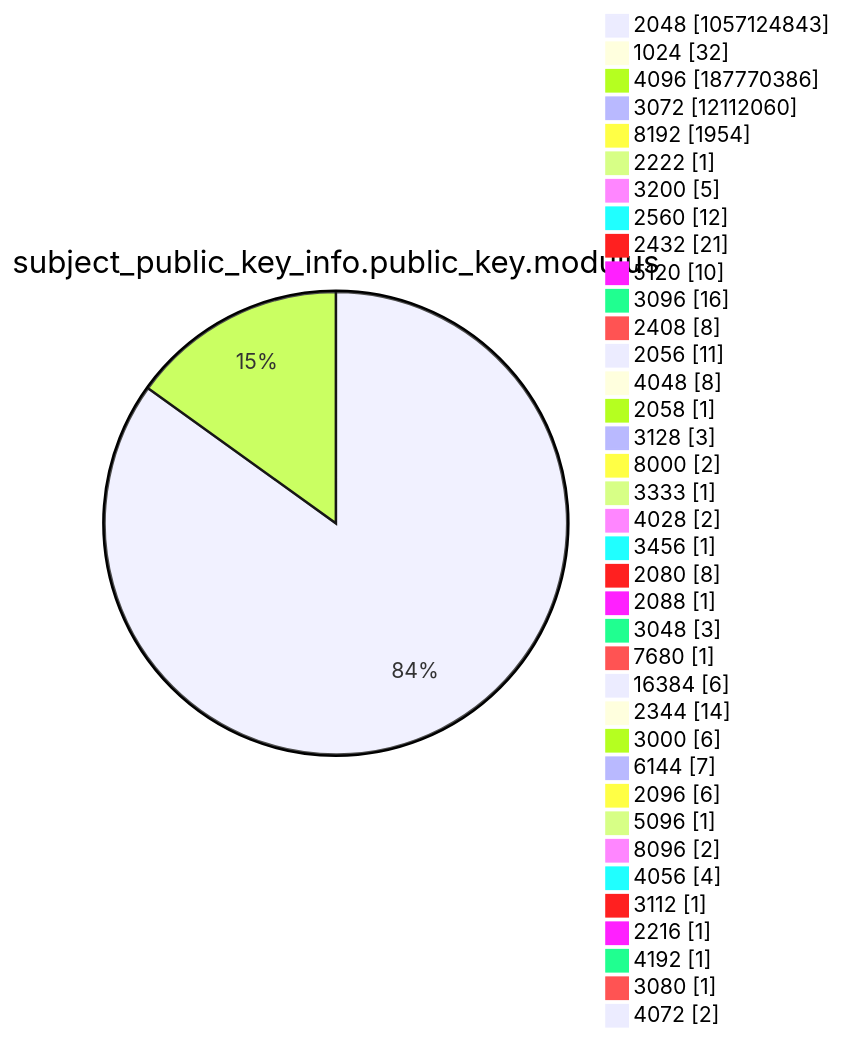
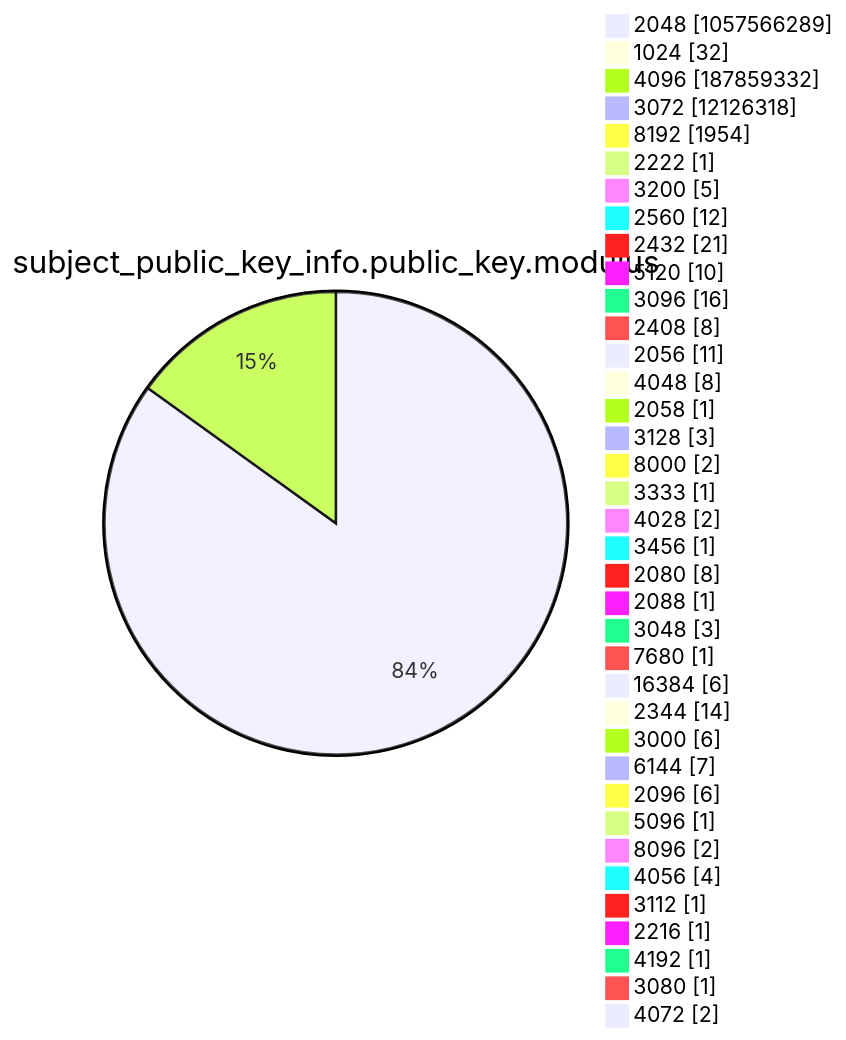
Diagram 13 of 15 in argon2022/README.md (christiankrug/ctmonitor_visualization), drawn with Mermaid before and after one commit. The commit also changed other lines of this file, not shown here.

````diff
--- a/argon2022/README.md
+++ b/argon2022/README.md
@@ -3589,41 +3589,41 @@
 ```mermaid
 pie showData
 title subject_public_key_info.public_key.modulus
-"2048" :1057124843
+"2048" :1057566289
 "1024" :32
-"4096" :187770386
-"3072" :12112060
+"4096" :187859332
+"3072" :12126318
 "8192" :1954
 "2222" :1
 "3200" :5
 "2560" :12
 "2432" :21
 "5120" :10
 "3096" :16
 "2408" :8
 "2056" :11
 "4048" :8
 "2058" :1
 "3128" :3
 "8000" :2
 "3333" :1
 "4028" :2
 "3456" :1
 "2080" :8
 "2088" :1
 "3048" :3
 "7680" :1
 "16384" :6
 "2344" :14
 "3000" :6
 "6144" :7
 "2096" :6
 "5096" :1
 "8096" :2
 "4056" :4
 "3112" :1
 "2216" :1
 "4192" :1
 "3080" :1
 "4072" :2
 ```
````
